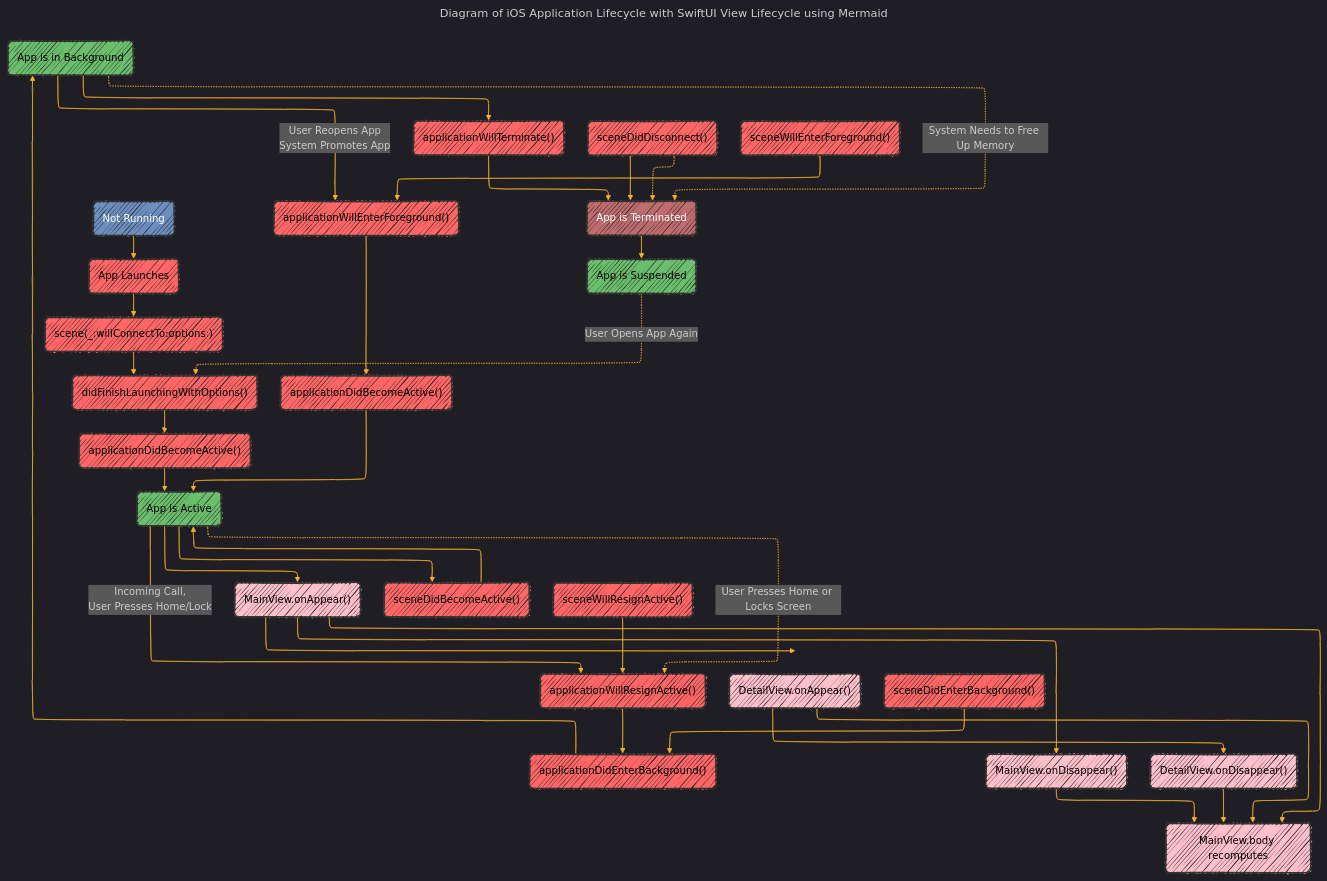
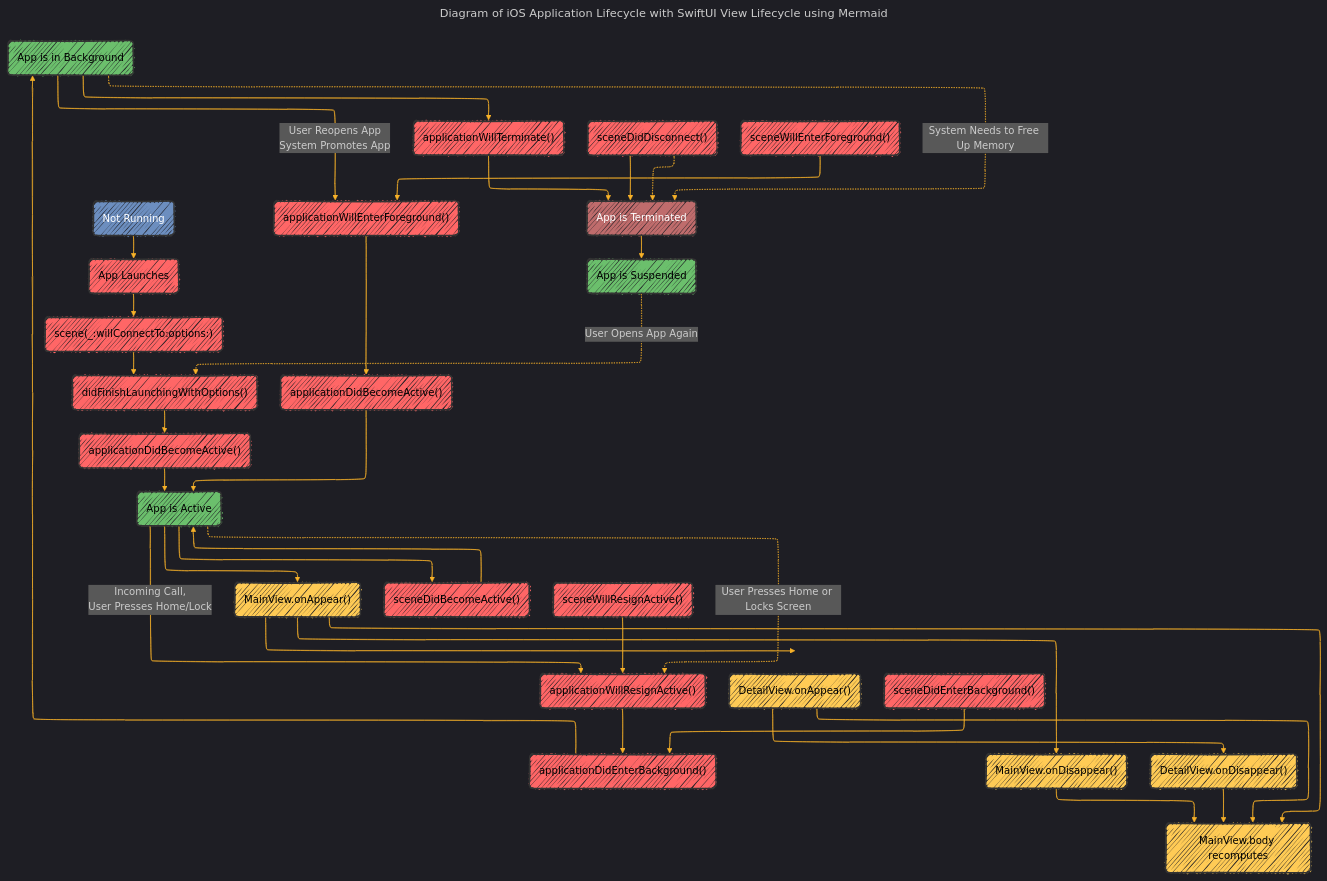
The second of 6 diagrams in iOS_app_and_view_lifecycle/iOS_app_lifecycle_with_UIKit_and_SwiftUI.md (CongLeSolutionX/iOS-development-vault), drawn with Mermaid before and after one commit. The commit also changed other lines of this file, not shown here.

```diff
--- a/iOS_app_and_view_lifecycle/iOS_app_lifecycle_with_UIKit_and_SwiftUI.md
+++ b/iOS_app_and_view_lifecycle/iOS_app_lifecycle_with_UIKit_and_SwiftUI.md
@@ -126,7 +126,7 @@
     classDef lifecycleEnds fill:#bf6c6c,stroke:#333,stroke-width:2px,roundedCorners, color:#ffffff
     classDef lifecycleActive fill:#6bbf6c,stroke:#333,stroke-width:2px,roundedCorners, color:#000000
     classDef UIKitProcess fill:#FF6666,stroke:#333,stroke-width:2px,roundedCorners, color:#000000
-    classDef SwiftUIProcess fill:#FFC0CB,stroke:#333,stroke-width:2px,roundedCorners, color:#000000
+    classDef SwiftUIProcess fill:#FFCB55,stroke:#333,stroke-width:2px,roundedCorners, color:#000000
 
     %% Nodes
     NotRunning("Not Running"):::lifecycleStarts
```
